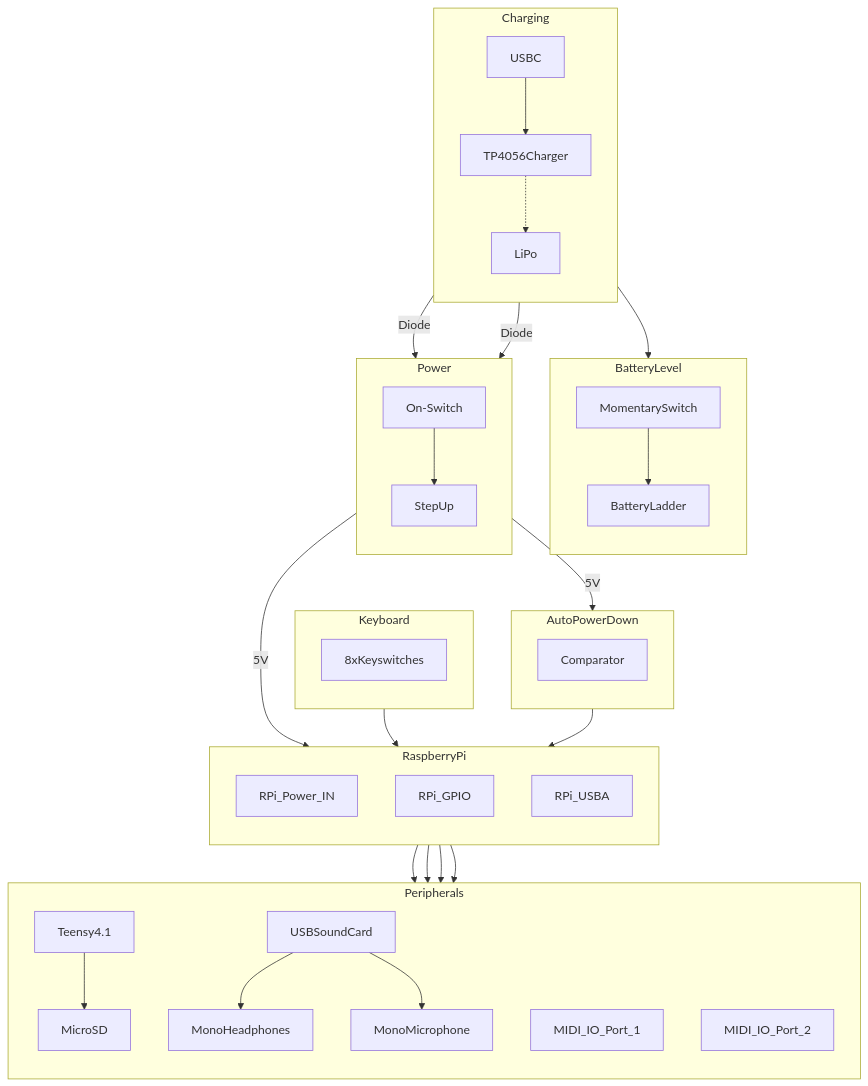
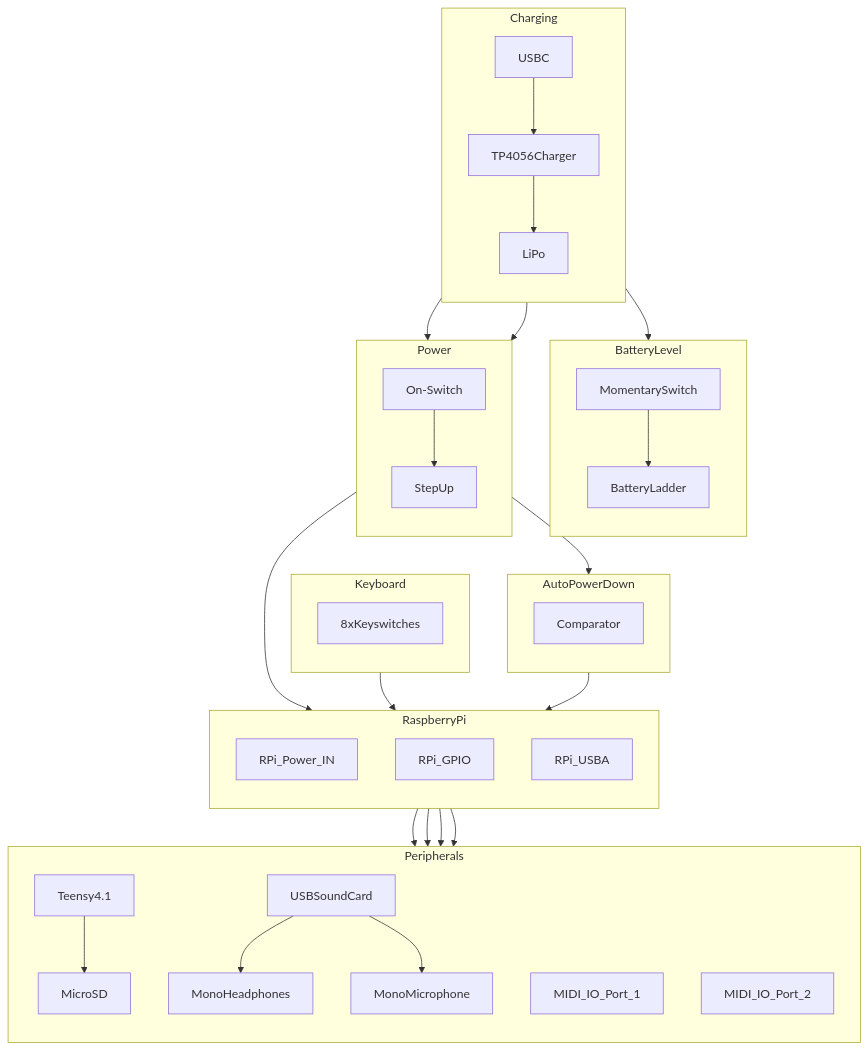
The first of 2 diagrams in _posts/2024-07-09-M8-HEADLESS.md (KieranReck/KieranReck.github.io), drawn with Mermaid before and after one commit. The commit also changed 1 other file, not shown here.

Commit message:
remove any dotted lines or lines wioth text in the middle

````diff
--- a/_posts/2024-07-09-M8-HEADLESS.md
+++ b/_posts/2024-07-09-M8-HEADLESS.md
@@ -105,59 +105,59 @@
 ```mermaid
 flowchart TB
 
 	subgraph Charging
 		direction TB
-		USBC --> TP4056Charger  -.-> LiPo	
+		USBC --> TP4056Charger  --> LiPo	
 	end
 
 	LiPo --> MomentarySwitch
 	
 	subgraph BatteryLevel
 		direction TB
 		MomentarySwitch --> BatteryLadder
 	end
 
 	subgraph AutoPowerDown
 		direction TB
 		Comparator
 	end
 	
 	subgraph Keyboard
 		direction TB
 		8xKeyswitches
 	end
 
 	subgraph Power
 		direction TB
-		LiPo -- Diode --> On-Switch 
+		LiPo --> On-Switch 
 		On-Switch --> StepUp
-		USBC -- Diode --> On-Switch 
-		StepUp -- 5V --> Comparator
+		USBC --> On-Switch 
+		StepUp --> Comparator
 	end
 
-	StepUp -- 5V --> RPi_Power_IN
+	StepUp --> RPi_Power_IN
 	Comparator --> RPi_GPIO
 	RPi_USBA --> Teensy4.1
 	RPi_USBA --> USBSoundCard
 	RPi_USBA --> MIDI_IO_Port_1
 	RPi_USBA --> MIDI_IO_Port_2
 	8xKeyswitches --> RPi_GPIO
 	
 
 	subgraph Peripherals
 		direction TB
 		Teensy4.1 --> MicroSD
 		USBSoundCard --> MonoHeadphones
 		USBSoundCard --> MonoMicrophone
 		MIDI_IO_Port_1
 		MIDI_IO_Port_2
 	end
 
 	subgraph RaspberryPi
 		direction TB
 		RPi_USBA
 		RPi_Power_IN
 		RPi_GPIO
 	end
 
 ```
````
